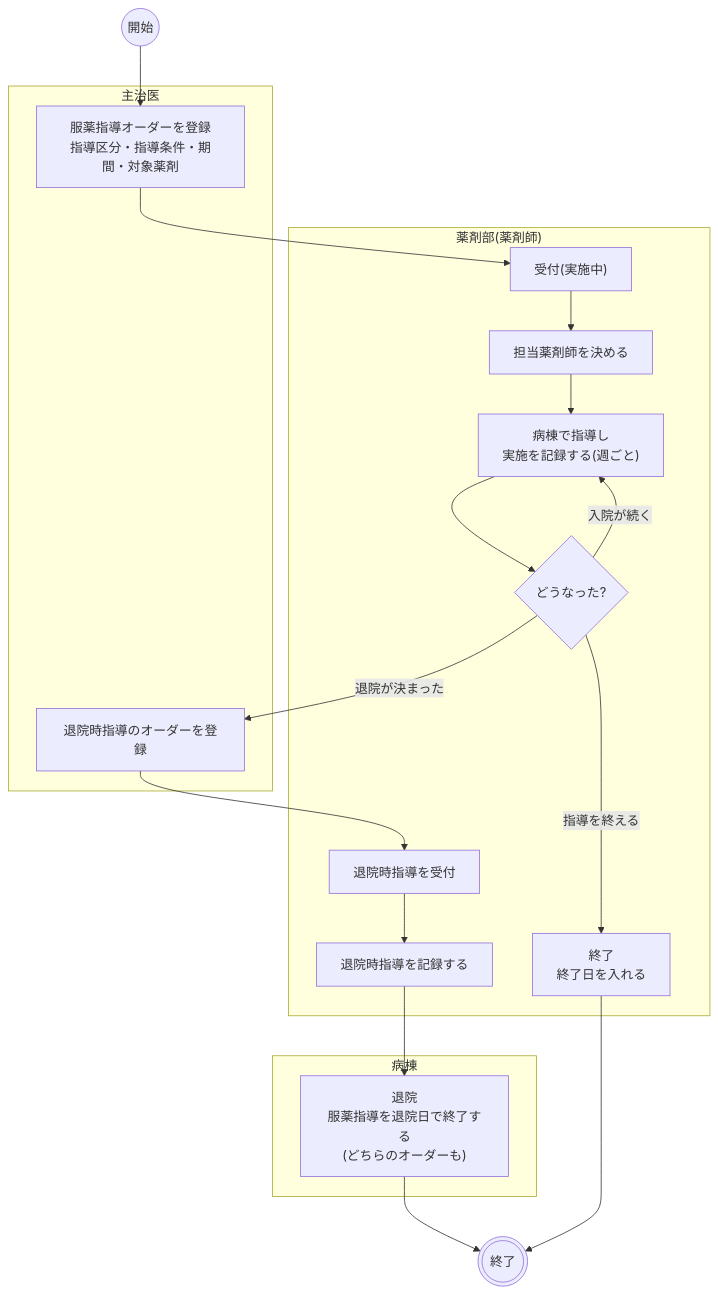
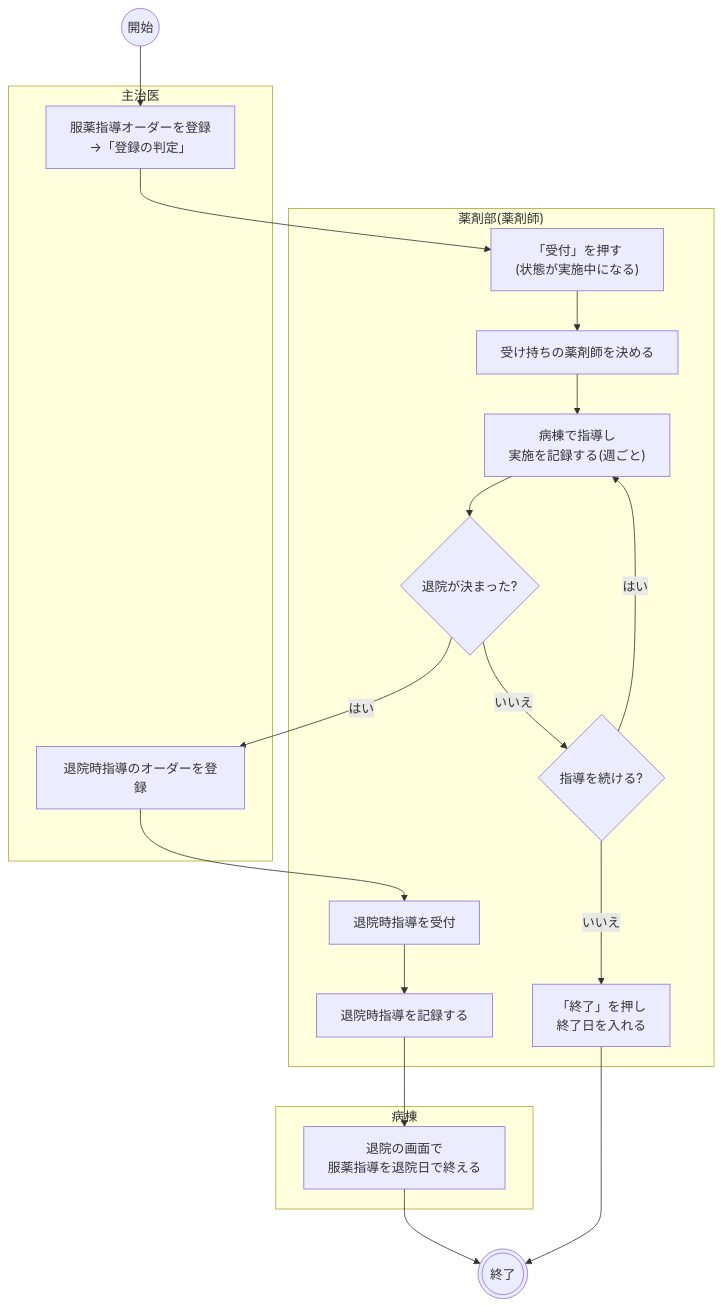
The second of 6 diagrams in docs/flows/guidance.md (ysnr-dev/fhir-client-docs), drawn with Mermaid before and after one commit. The commit also changed other lines of this file and 43 other files, not shown here.

Commit message:
docs: 業務フローとシーケンス図を写し直し

````diff
--- a/docs/flows/guidance.md
+++ b/docs/flows/guidance.md
@@ -78,29 +46,31 @@
 ```mermaid
 flowchart TD
   start(("開始"))
   finish((("終了")))
 
   subgraph doctor["主治医"]
-    order["服薬指導オーダーを登録<br/>指導区分・指導条件・期間・対象薬剤"]
+    order["服薬指導オーダーを登録<br/>→「登録の判定」"]
     dc_order["退院時指導のオーダーを登録"]
   end
 
   subgraph pharm["薬剤部(薬剤師)"]
-    accept["受付(実施中)"]
-    assign["担当薬剤師を決める"]
+    accept["「受付」を押す<br/>(状態が実施中になる)"]
+    assign["受け持ちの薬剤師を決める"]
     day["病棟で指導し<br/>実施を記録する(週ごと)"]
-    more{"どうなった?"}
+    dc{"退院が決まった?"}
+    more{"指導を続ける?"}
     dc_accept["退院時指導を受付"]
     dc_day["退院時指導を記録する"]
-    close["終了<br/>終了日を入れる"]
+    close["「終了」を押し<br/>終了日を入れる"]
   end
 
   subgraph ward["病棟"]
-    discharge["退院<br/>服薬指導を退院日で終了する<br/>(どちらのオーダーも)"]
+    discharge["退院の画面で<br/>服薬指導を退院日で終える"]
   end
 
-  start --> order --> accept --> assign --> day --> more
-  more -- "入院が続く" --> day
-  more -- "退院が決まった" --> dc_order --> dc_accept --> dc_day --> discharge --> finish
-  more -- "指導を終える" --> close --> finish
+  start --> order --> accept --> assign --> day --> dc
+  dc -- "はい" --> dc_order --> dc_accept --> dc_day --> discharge --> finish
+  dc -- "いいえ" --> more
+  more -- "はい" --> day
+  more -- "いいえ" --> close --> finish
 ```
````
